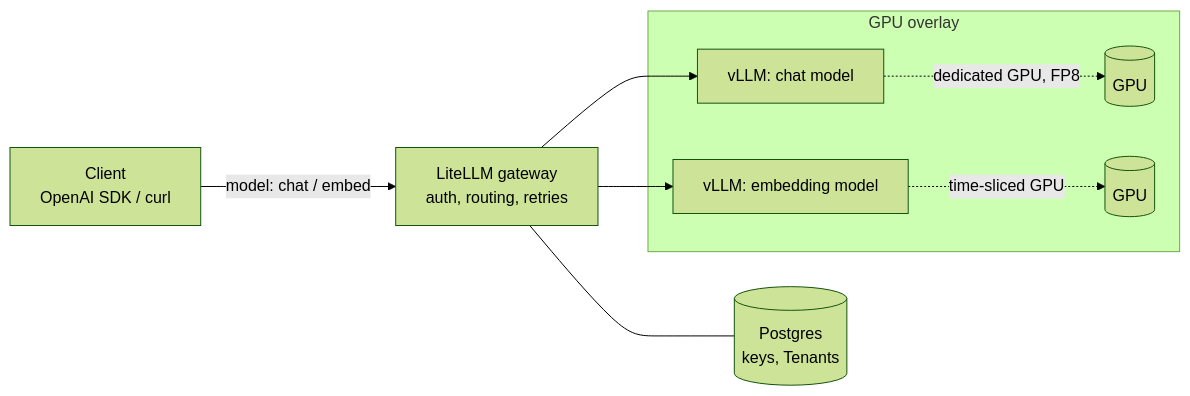
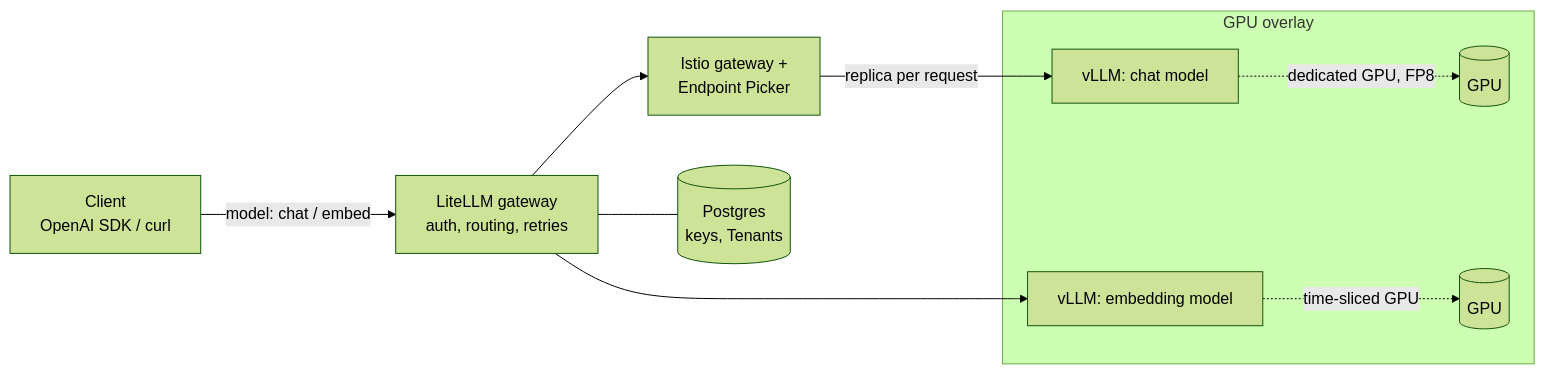
Before and after one commit to alexboscolo954/llm-serving-k8s: the diagram in README.md, drawn with Mermaid (forest theme). The commit also changed other lines of this file and 15 other files, not shown here.

Commit message:
Add inference-aware routing: chat picks a replica per request with the Gateway API Inference Extension (E)

````diff
--- a/README.md
+++ b/README.md
@@ -8,11 +8,12 @@
 ```mermaid
 flowchart LR
   client[Client<br/>OpenAI SDK / curl] -->|model: chat / embed| gw[LiteLLM gateway<br/>auth, routing, retries]
-  gw --> chat[vLLM: chat model]
+  gw --> epp[Istio gateway +<br/>Endpoint Picker]
+  epp -->|replica per request| chat[vLLM: chat model]
   gw --> embed[vLLM: embedding model]
   gw --- db[(Postgres<br/>keys, Tenants)]
   subgraph gpu [GPU overlay]
     chat -.->|dedicated GPU, FP8| g1[(GPU)]
     embed -.->|time-sliced GPU| g2[(GPU)]
   end
 ```
````
